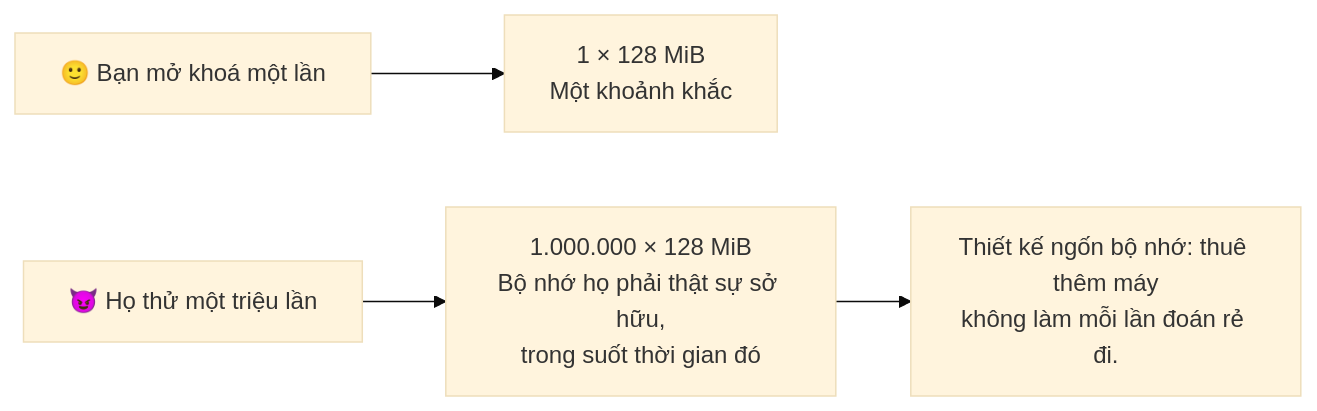
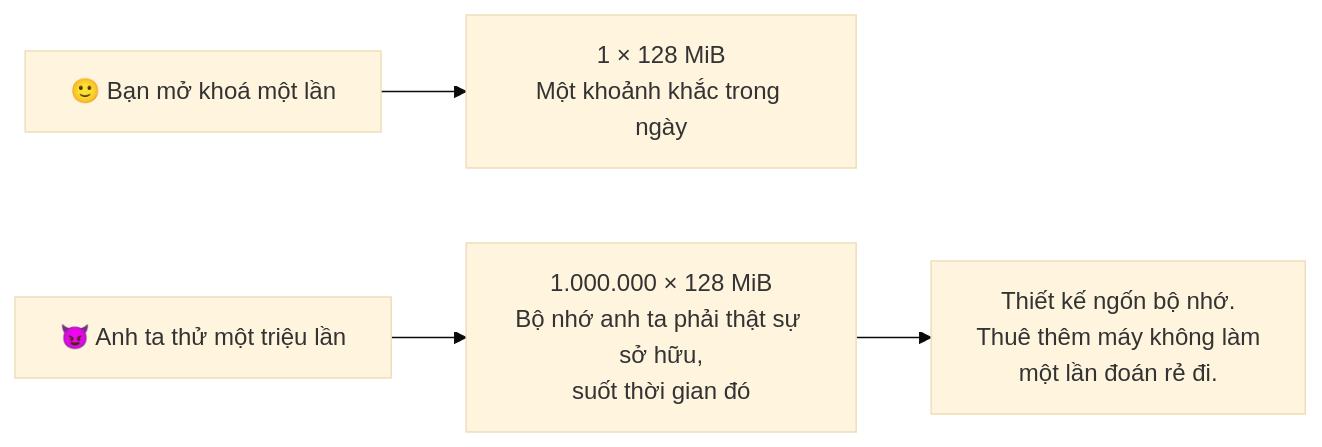
The fifth of 11 diagrams in i18n/vi/docusaurus-plugin-content-docs/current/attack-scenarios.md (TuPhung369/passwordepic-website), drawn with Mermaid (base theme) before and after one commit. The commit also changed other lines of this file and 6 other files, not shown here.

````diff
--- a/i18n/vi/docusaurus-plugin-content-docs/current/attack-scenarios.md
+++ b/i18n/vi/docusaurus-plugin-content-docs/current/attack-scenarios.md
@@ -115,6 +202,6 @@
 ```mermaid
 flowchart LR
-  Y["🙂 Bạn mở khoá một lần"] --> Y1["1 × 128 MiB<br/>Một khoảnh khắc"]
-  T["😈 Họ thử một triệu lần"] --> T1["1.000.000 × 128 MiB<br/>Bộ nhớ họ phải thật sự sở hữu,<br/>trong suốt thời gian đó"]
-  T1 --> N["Thiết kế ngốn bộ nhớ: thuê thêm máy<br/>không làm mỗi lần đoán rẻ đi."]
+  Y["🙂 Bạn mở khoá một lần"] --> Y1["1 × 128 MiB<br/>Một khoảnh khắc trong ngày"]
+  T["😈 Anh ta thử một triệu lần"] --> T1["1.000.000 × 128 MiB<br/>Bộ nhớ anh ta phải thật sự sở hữu,<br/>suốt thời gian đó"]
+  T1 --> N["Thiết kế ngốn bộ nhớ.<br/>Thuê thêm máy không làm<br/>một lần đoán rẻ đi."]
 ```
````
